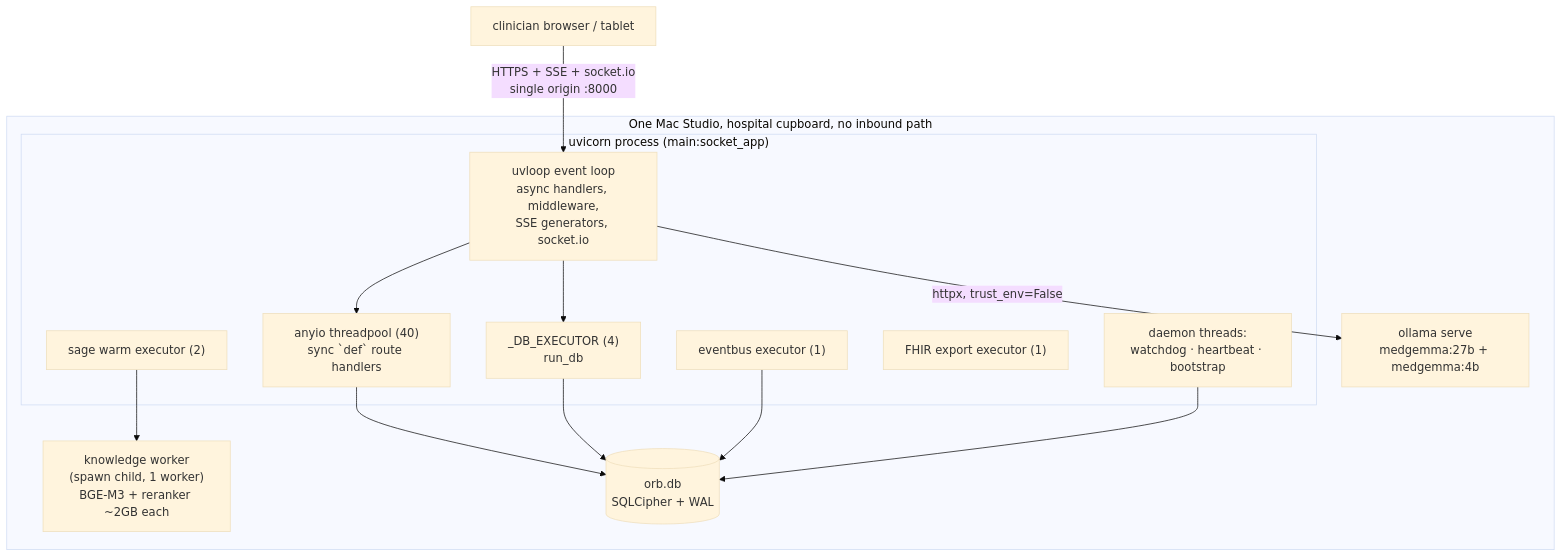
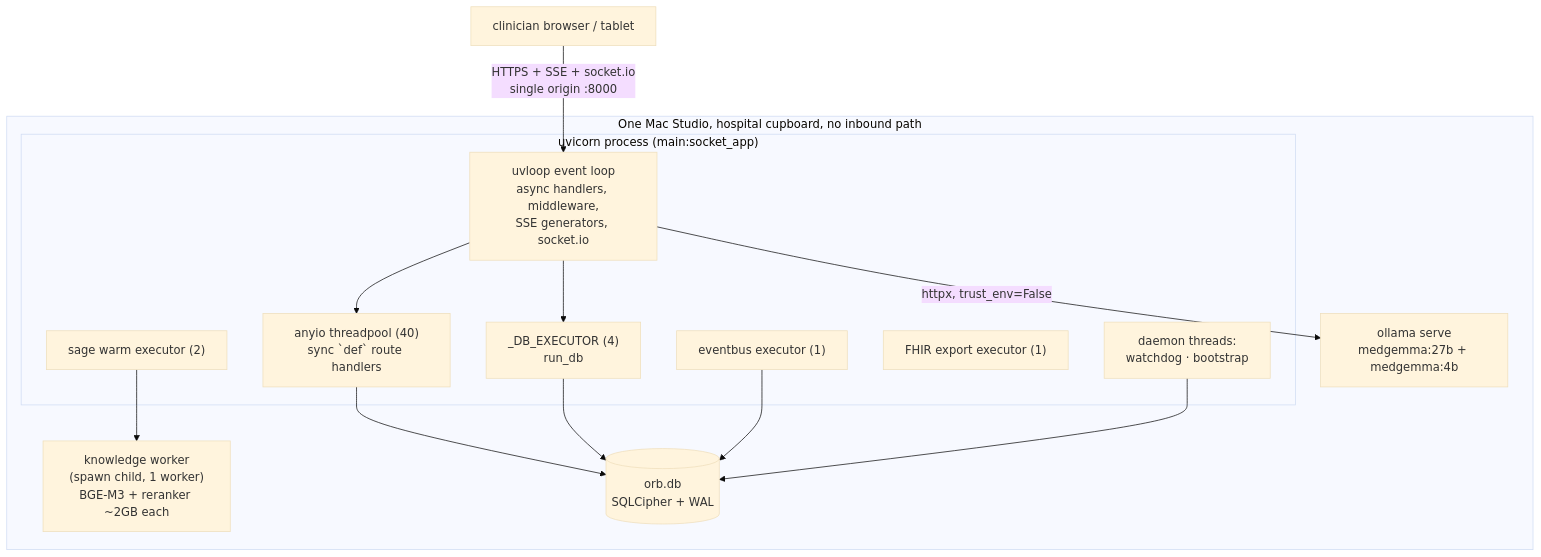
The first of 5 diagrams in docs/manual/01-architecture-and-request-lifecycle.md (samuelmorningstar23/Orb), drawn with Mermaid (base theme) before and after one commit. The commit also changed other lines of this file and 125 other files, not shown here.

````diff
--- a/docs/manual/01-architecture-and-request-lifecycle.md
+++ b/docs/manual/01-architecture-and-request-lifecycle.md
@@ -37,26 +37,26 @@
 ```mermaid
 flowchart TB
     subgraph Appliance["One Mac Studio, hospital cupboard, no inbound path"]
         subgraph P1["uvicorn process (main:socket_app)"]
             LOOP["uvloop event loop<br/>async handlers, middleware,<br/>SSE generators, socket.io"]
             TP["anyio threadpool (40)<br/>sync `def` route handlers"]
             DBX["_DB_EXECUTOR (4)<br/>run_db"]
             EBX["eventbus executor (1)"]
             WEX["sage warm executor (2)"]
             FEX["FHIR export executor (1)"]
-            DT["daemon threads:<br/>watchdog · heartbeat · bootstrap"]
+            DT["daemon threads:<br/>watchdog · bootstrap"]
         end
         P2["knowledge worker<br/>(spawn child, 1 worker)<br/>BGE-M3 + reranker ~2GB each"]
         P3["ollama serve<br/>medgemma:27b + medgemma:4b"]
         DB[("orb.db<br/>SQLCipher + WAL")]
     end
     Browser["clinician browser / tablet"] -->|"HTTPS + SSE + socket.io<br/>single origin :8000"| LOOP
     LOOP --> TP
     LOOP --> DBX
     TP --> DB
     DBX --> DB
     EBX --> DB
     WEX --> P2
     LOOP -->|"httpx, trust_env=False"| P3
     DT --> DB
 ```
````
